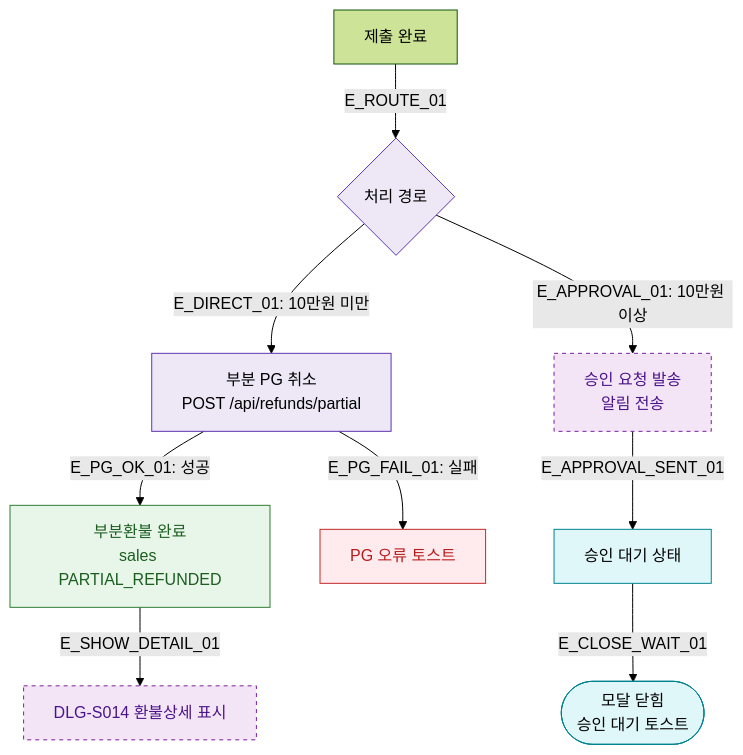
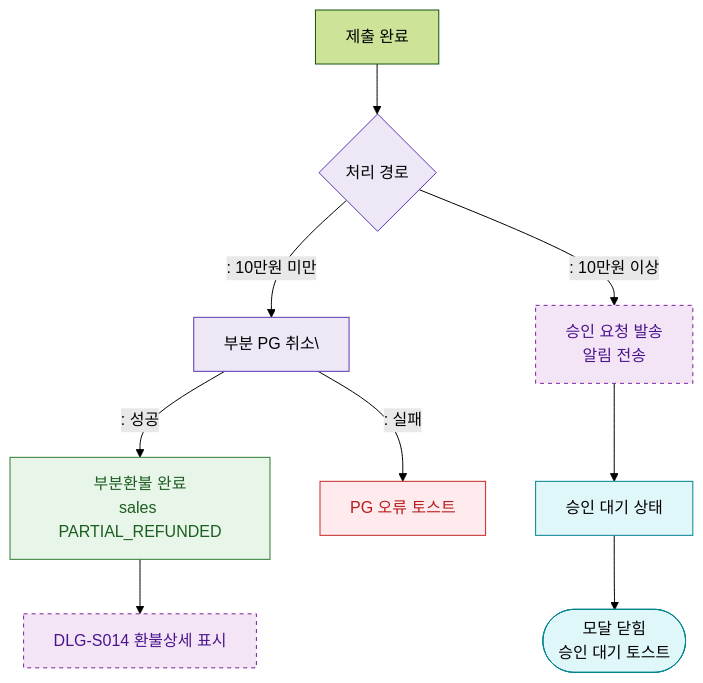
One commit to dev-spogym/admin-pando changed the diagram in docs/다이어그램/D03_매출관리/DLG-S015_환불요청/M3_결과분기.md. Above: the diagram before and after it, drawn with Mermaid (forest theme). The commit also changed other lines of this file and 1660 other files, not shown here.

First line of the commit message:
다이어그램: 기획자/클라이언트 납품본으로 정리

````diff
--- a/docs/다이어그램/D03_매출관리/DLG-S015_환불요청/M3_결과분기.md
+++ b/docs/다이어그램/D03_매출관리/DLG-S015_환불요청/M3_결과분기.md
@@ -20,27 +18,27 @@
 ```mermaid
 flowchart TD
-    SUBMIT_OK[제출 완료] -->|E_ROUTE_01| ROUTE{처리 경로}
+    SUBMIT_OK[제출 완료] --> ROUTE{처리 경로}
 
-    ROUTE -->|"E_DIRECT_01: 10만원 미만"| PG_PARTIAL[부분 PG 취소\nPOST /api/refunds/partial]
-    ROUTE -->|"E_APPROVAL_01: 10만원 이상"| SEND_APPROVAL[승인 요청 발송\n알림 전송]
+    ROUTE -->|": 10만원 미만"|PG_PARTIAL[부분 PG 취소\]
+    ROUTE -->|": 10만원 이상"|SEND_APPROVAL[승인 요청 발송\n알림 전송]
 
-    PG_PARTIAL -->|"E_PG_OK_01: 성공"| PARTIAL_DONE[부분환불 완료\nsales PARTIAL_REFUNDED]
-    PG_PARTIAL -->|"E_PG_FAIL_01: 실패"| PG_ERR[PG 오류 토스트]
+    PG_PARTIAL -->|": 성공"|PARTIAL_DONE[부분환불 완료\nsales PARTIAL_REFUNDED]
+    PG_PARTIAL -->|": 실패"|PG_ERR[PG 오류 토스트]
 
-    SEND_APPROVAL -->|E_APPROVAL_SENT_01| APPROVAL_WAIT[승인 대기 상태]
+    SEND_APPROVAL --> APPROVAL_WAIT[승인 대기 상태]
 
-    PARTIAL_DONE -->|E_SHOW_DETAIL_01| DLG_S014[DLG-S014 환불상세 표시]
-    APPROVAL_WAIT -->|E_CLOSE_WAIT_01| CLOSED_WAIT([모달 닫힘\n승인 대기 토스트])
+    PARTIAL_DONE --> DLG_S014[DLG-S014 환불상세 표시]
+    APPROVAL_WAIT --> CLOSED_WAIT([모달 닫힘\n승인 대기 토스트])
 
     classDef newFeature fill:#F3E5F5,stroke:#7B1FA2,color:#4A148C,stroke-dasharray:4 4
     classDef system fill:#EDE7F6,stroke:#5E35B2
     classDef success fill:#E8F5E9,stroke:#2E7D32,color:#1B5E20
     classDef info fill:#E0F7FA,stroke:#00838F
     classDef error fill:#FFEBEE,stroke:#C62828,color:#B71C1C
 
     class DLG_S014,SEND_APPROVAL newFeature
     class ROUTE,PG_PARTIAL system
     class PARTIAL_DONE success
     class APPROVAL_WAIT,CLOSED_WAIT info
     class PG_ERR error
 ```
````
